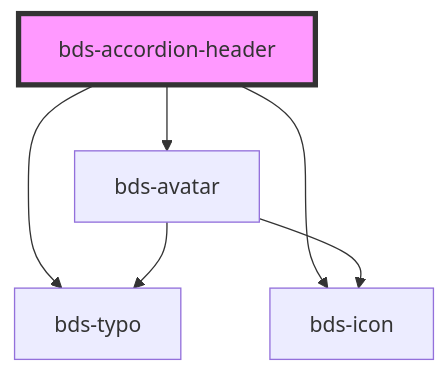
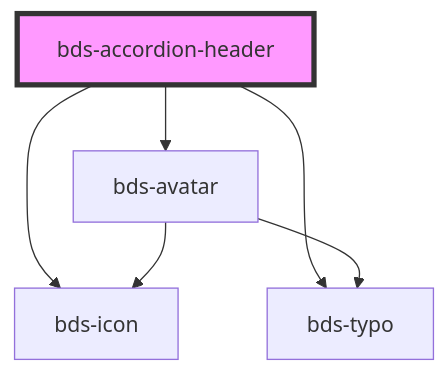
Before and after one commit to takenet/blip-ds: the diagram in src/components/accordion/readme.md, drawn with Mermaid. The commit also changed other lines of this file and 7 other files, not shown here.

````diff
--- a/src/components/accordion/readme.md
+++ b/src/components/accordion/readme.md
@@ -61,9 +63,9 @@
 ```mermaid
 graph TD;
+  bds-accordion-header --> bds-icon
   bds-accordion-header --> bds-avatar
-  bds-accordion-header --> bds-icon
   bds-accordion-header --> bds-typo
   bds-avatar --> bds-typo
   bds-avatar --> bds-icon
   style bds-accordion-header fill:#f9f,stroke:#333,stroke-width:4px
 ```
````
